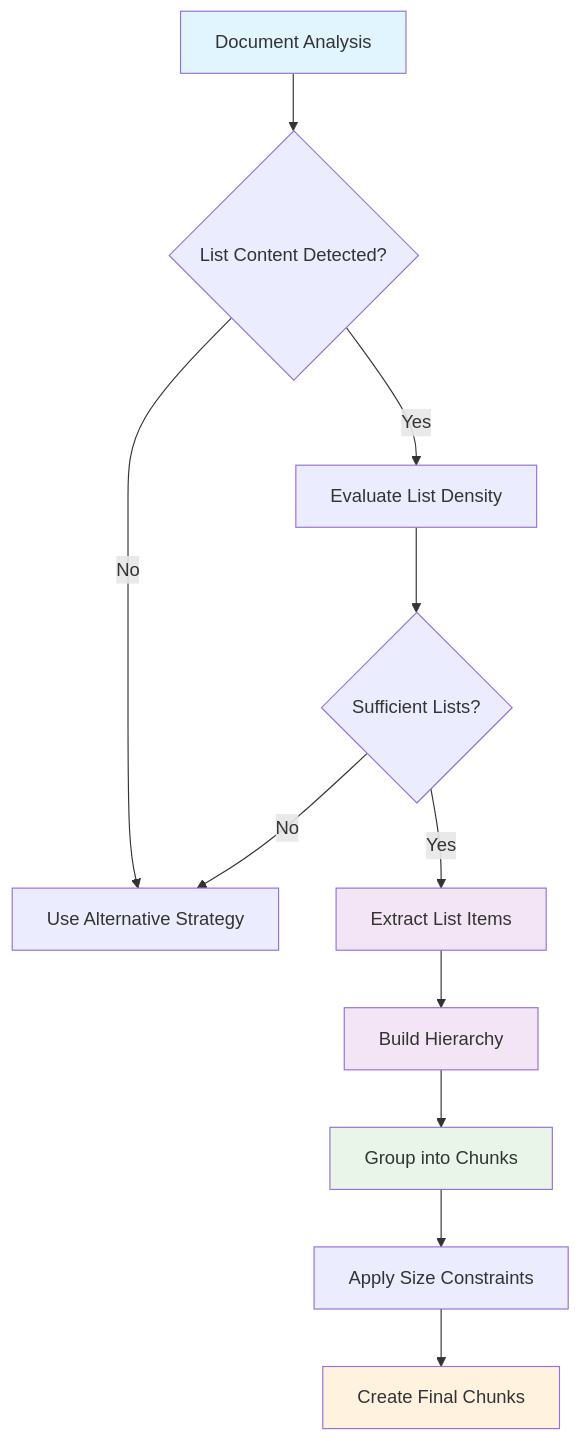
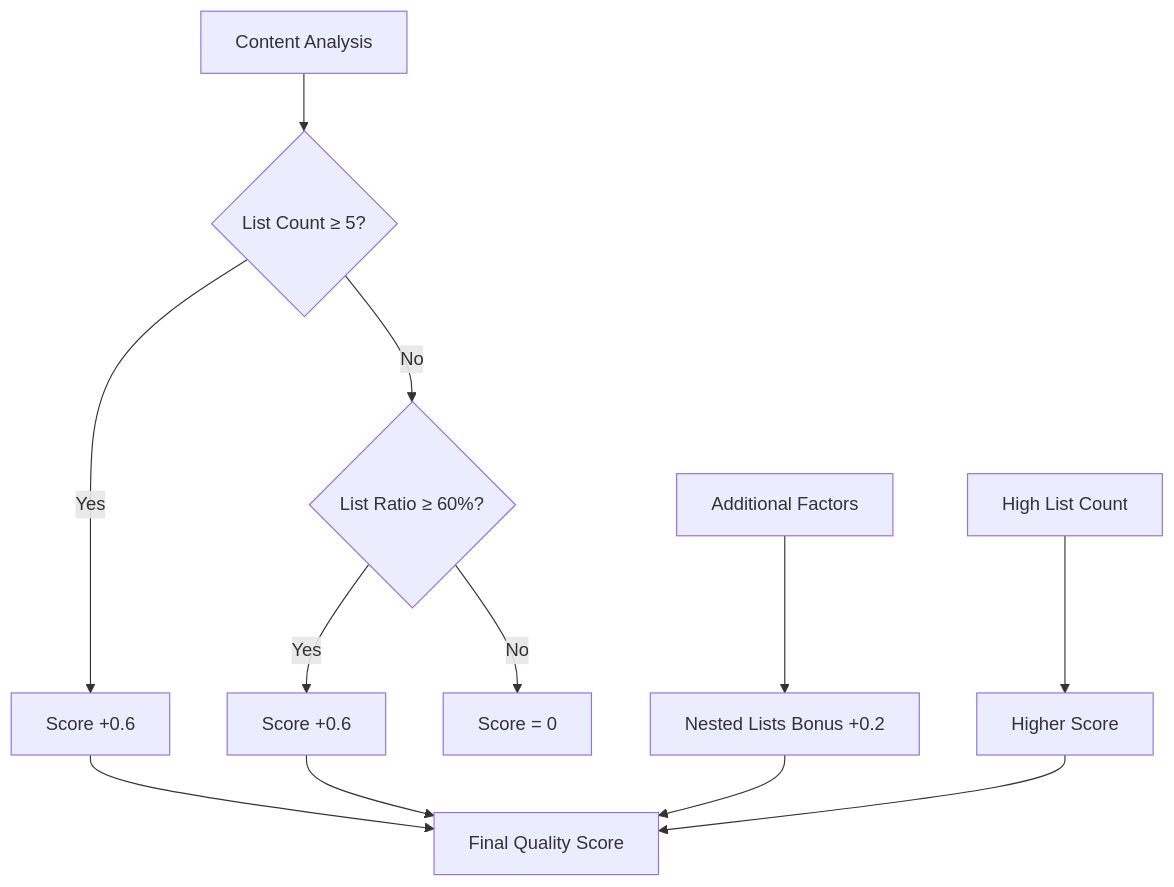
One commit to asukhodko/dify-markdown-chunker changed the first of 5 diagrams in .qoder/repowiki/en/content/Chunking Strategies/List Strategy.md. Above: the diagram before and after it, drawn with Mermaid. The commit also changed other lines of this file and 205 other files, not shown here.

````diff
--- a/.qoder/repowiki/en/content/Chunking Strategies/List Strategy.md
+++ b/.qoder/repowiki/en/content/Chunking Strategies/List Strategy.md
@@ -53,18 +56,14 @@
 ```mermaid
 flowchart TD
-A["Document Analysis"] --> B{"List Content Detected?"}
-B --> |No| C["Use Alternative Strategy"]
-B --> |Yes| D["Evaluate List Density"]
-D --> E{"Sufficient Lists?"}
-E --> |No| C
-E --> |Yes| F["Extract List Items"]
-F --> G["Build Hierarchy"]
-G --> H["Group into Chunks"]
-H --> I["Apply Size Constraints"]
-I --> J["Create Final Chunks"]
-style A fill:#e1f5fe
-style F fill:#f3e5f5
-style G fill:#f3e5f5
-style H fill:#e8f5e8
-style J fill:#fff3e0
+A["Content Analysis"] --> B{"List Count ≥ 5?"}
+B --> |Yes| C["Score +0.6"]
+B --> |No| D{"List Ratio ≥ 60%?"}
+D --> |Yes| E["Score +0.6"]
+D --> |No| F["Score = 0"]
+G["Additional Factors"] --> H["Nested Lists Bonus +0.2"]
+I["High List Count"] --> J["Higher Score"]
+C --> K["Final Quality Score"]
+E --> K
+H --> K
+J --> K
 ```
````
